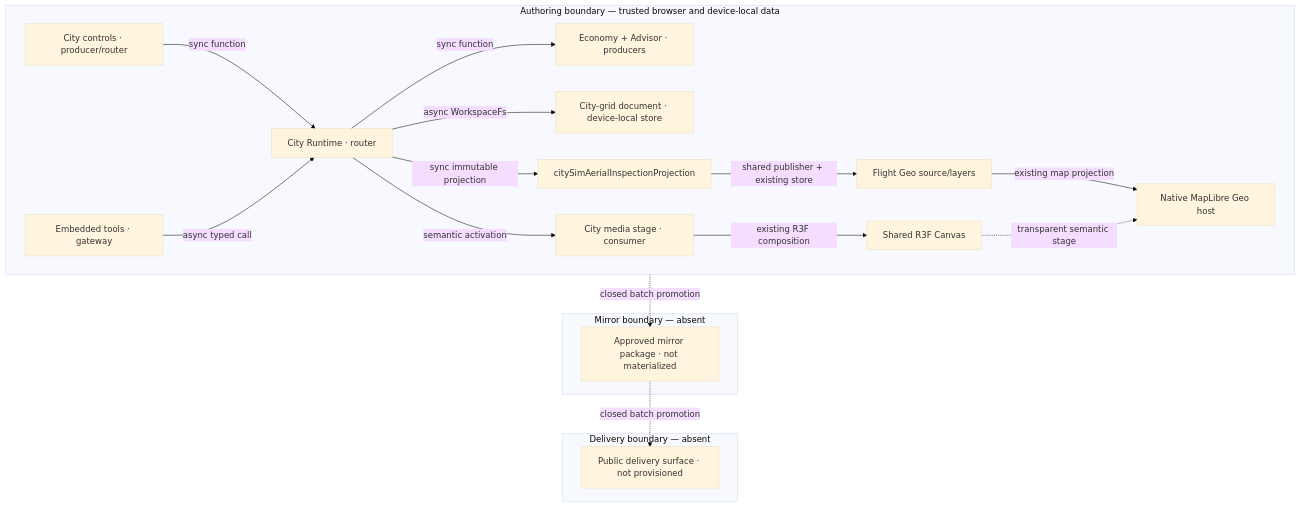
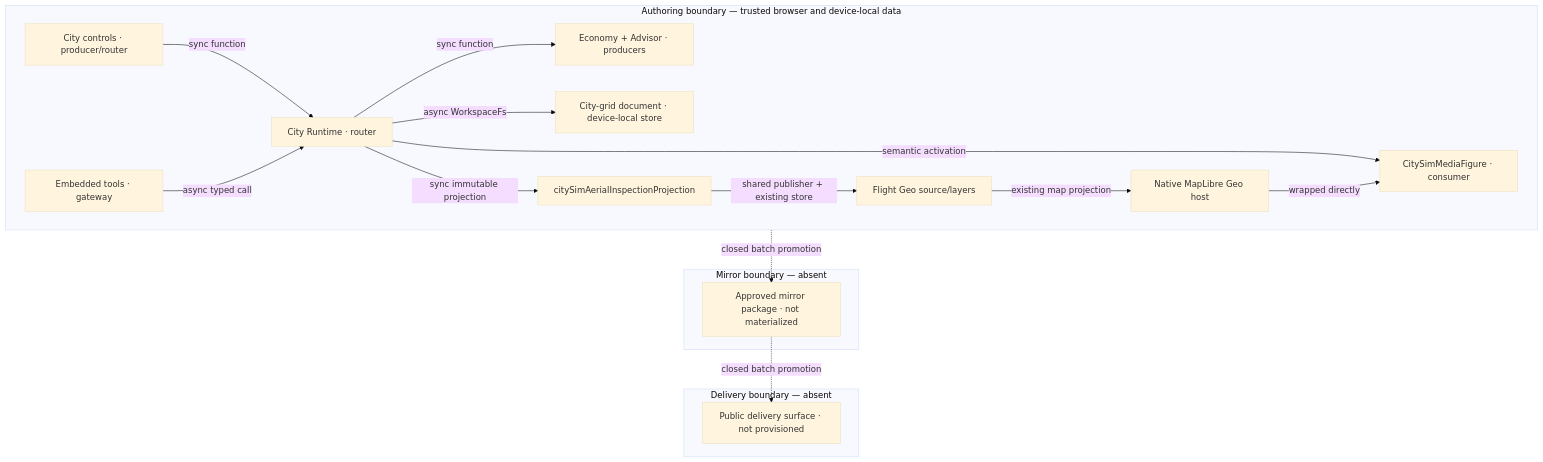
Before and after one commit to huijoohwee/agentic-graph: the diagram in docs/documents/knowgrph-game-city-building-sim-rd-tad.md, drawn with Mermaid (base theme). The commit also changed other lines of this file and 58 other files, not shown here.

Commit message:
fix(city-sim): make MapLibre the sole city surface

````diff
--- a/docs/documents/knowgrph-game-city-building-sim-rd-tad.md
+++ b/docs/documents/knowgrph-game-city-building-sim-rd-tad.md
@@ -336,23 +340,22 @@
 ```mermaid
 flowchart TB
   subgraph A["Authoring boundary — trusted browser and device-local data"]
     Controls["City controls · producer/router"] -->|sync function| Runtime["City Runtime · router"]
     Tools["Embedded tools · gateway"] -->|async typed call| Runtime
     Runtime -->|sync function| Logic["Economy + Advisor · producers"]
     Runtime -->|async WorkspaceFs| Store["City-grid document · device-local store"]
-    Runtime -->|semantic activation| Stage["City media stage · consumer"]
-    Stage -->|existing R3F composition| Canvas["Shared R3F Canvas"]
+    Runtime -->|semantic activation| Figure["CitySimMediaFigure · consumer"]
     Runtime -->|sync immutable projection| Aerial["citySimAerialInspectionProjection"]
     Aerial -->|shared publisher + existing store| FlightGeo["Flight Geo source/layers"]
     FlightGeo -->|existing map projection| Geo["Native MapLibre Geo host"]
-    Canvas -. "transparent semantic stage" .-> Geo
+    Geo -->|wrapped directly| Figure
   end
   subgraph M["Mirror boundary — absent"]
     Mirror["Approved mirror package · not materialized"]
   end
   subgraph D["Delivery boundary — absent"]
     Delivery["Public delivery surface · not provisioned"]
   end
   A -. "closed batch promotion" .-> Mirror
   Mirror -. "closed batch promotion" .-> Delivery
 ```
````
